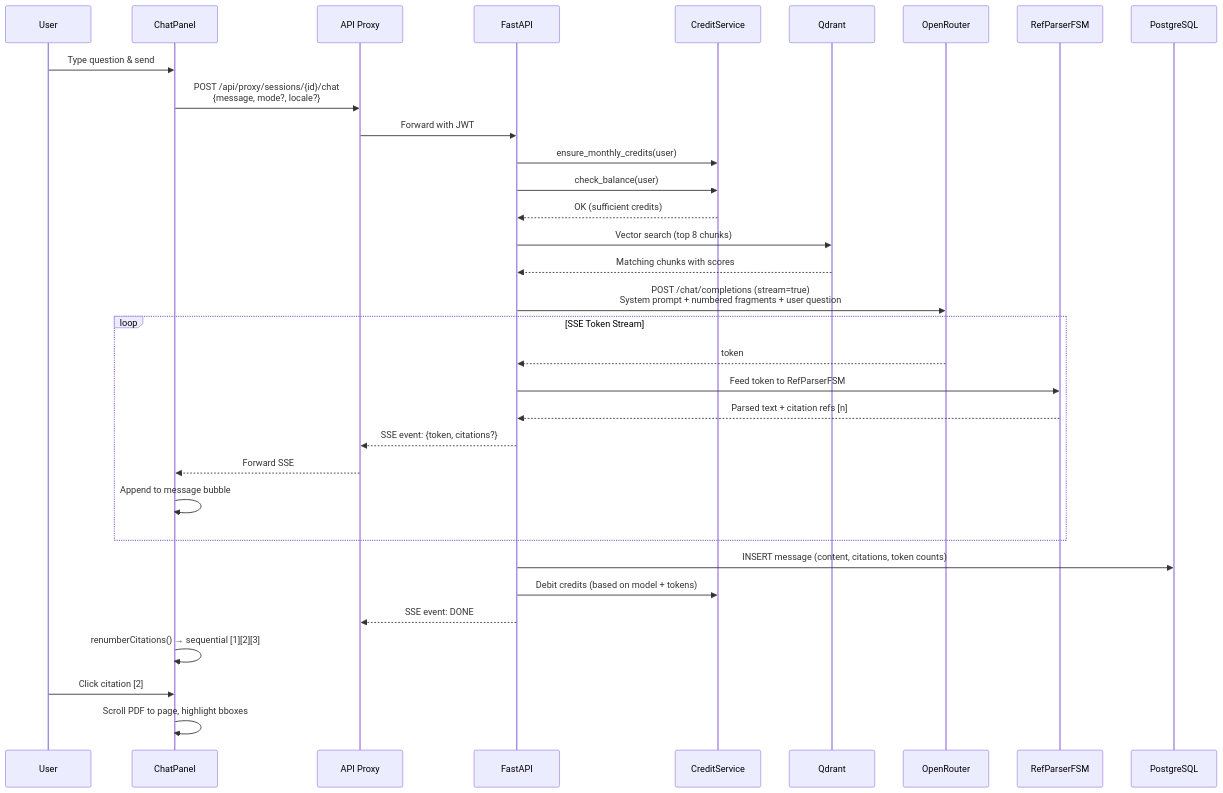
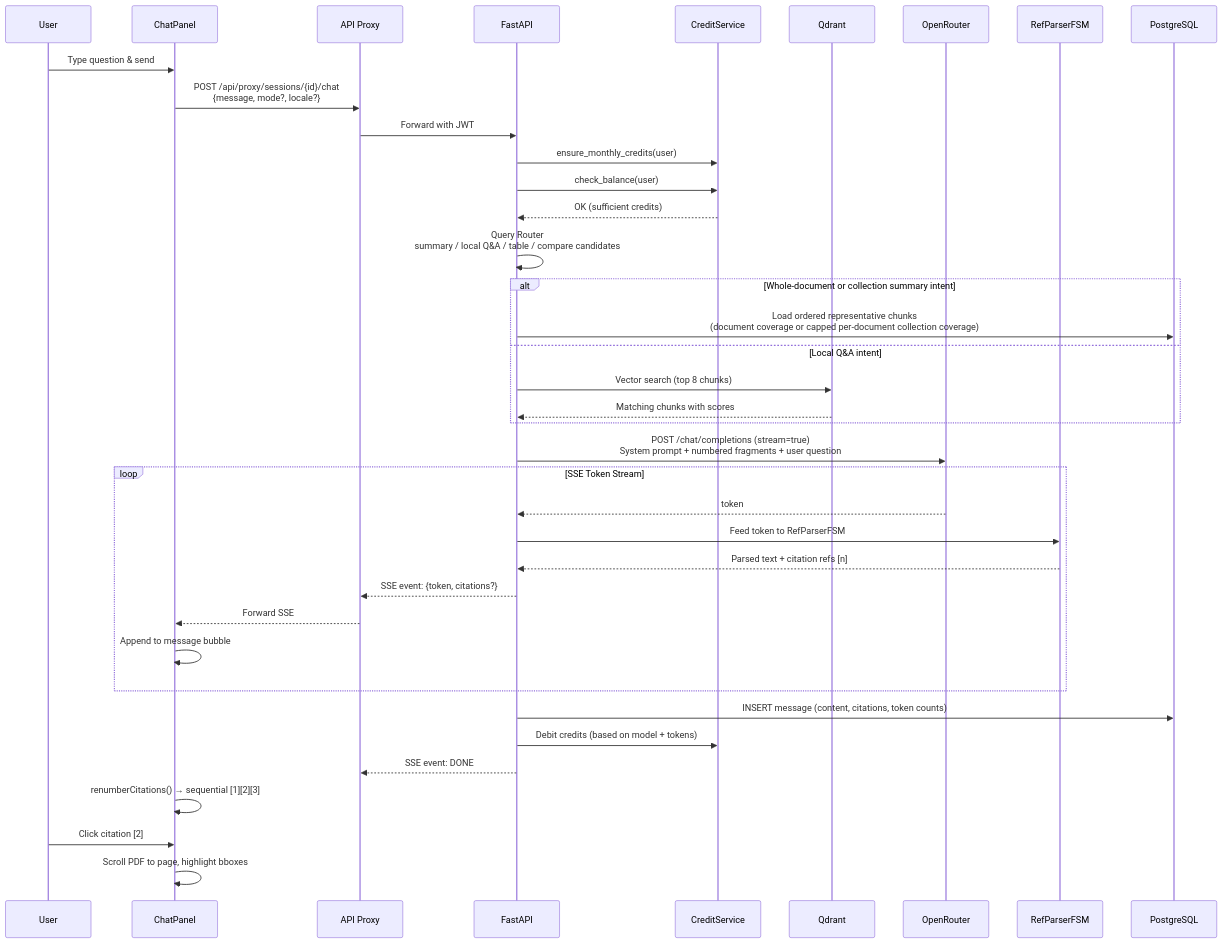
The third of 9 diagrams in docs/ARCHITECTURE.md (Rswcf/DocTalk), drawn with Mermaid before and after one commit. The commit also changed other lines of this file and 17 other files, not shown here.

````diff
--- a/docs/ARCHITECTURE.md
+++ b/docs/ARCHITECTURE.md
@@ -152,41 +152,46 @@
 ```mermaid
 sequenceDiagram
     participant U as User
     participant CP as ChatPanel
     participant P as API Proxy
     participant API as FastAPI
     participant CS as CreditService
     participant Q as Qdrant
     participant OR as OpenRouter
     participant FSM as RefParserFSM
     participant DB as PostgreSQL
 
     U->>CP: Type question & send
     CP->>P: POST /api/proxy/sessions/{id}/chat<br/>{message, mode?, locale?}
     P->>API: Forward with JWT
 
     API->>CS: ensure_monthly_credits(user)
     API->>CS: check_balance(user)
     CS-->>API: OK (sufficient credits)
 
-    API->>Q: Vector search (top 8 chunks)
-    Q-->>API: Matching chunks with scores
+    API->>API: Query Router<br/>summary / local Q&A / table / compare candidates
+    alt Whole-document or collection summary intent
+        API->>DB: Load ordered representative chunks<br/>(document coverage or capped per-document collection coverage)
+    else Local Q&A intent
+        API->>Q: Vector search (top 8 chunks)
+        Q-->>API: Matching chunks with scores
+    end
 
     API->>OR: POST /chat/completions (stream=true)<br/>System prompt + numbered fragments + user question
 
     loop SSE Token Stream
         OR-->>API: token
         API->>FSM: Feed token to RefParserFSM
         FSM-->>API: Parsed text + citation refs [n]
         API-->>P: SSE event: {token, citations?}
         P-->>CP: Forward SSE
         CP->>CP: Append to message bubble
     end
 
     API->>DB: INSERT message (content, citations, token counts)
     API->>CS: Debit credits (based on model + tokens)
     API-->>P: SSE event: DONE
     CP->>CP: renumberCitations() → sequential [1][2][3]
     U->>CP: Click citation [2]
     CP->>CP: Scroll PDF to page, highlight bboxes
 ```
````
